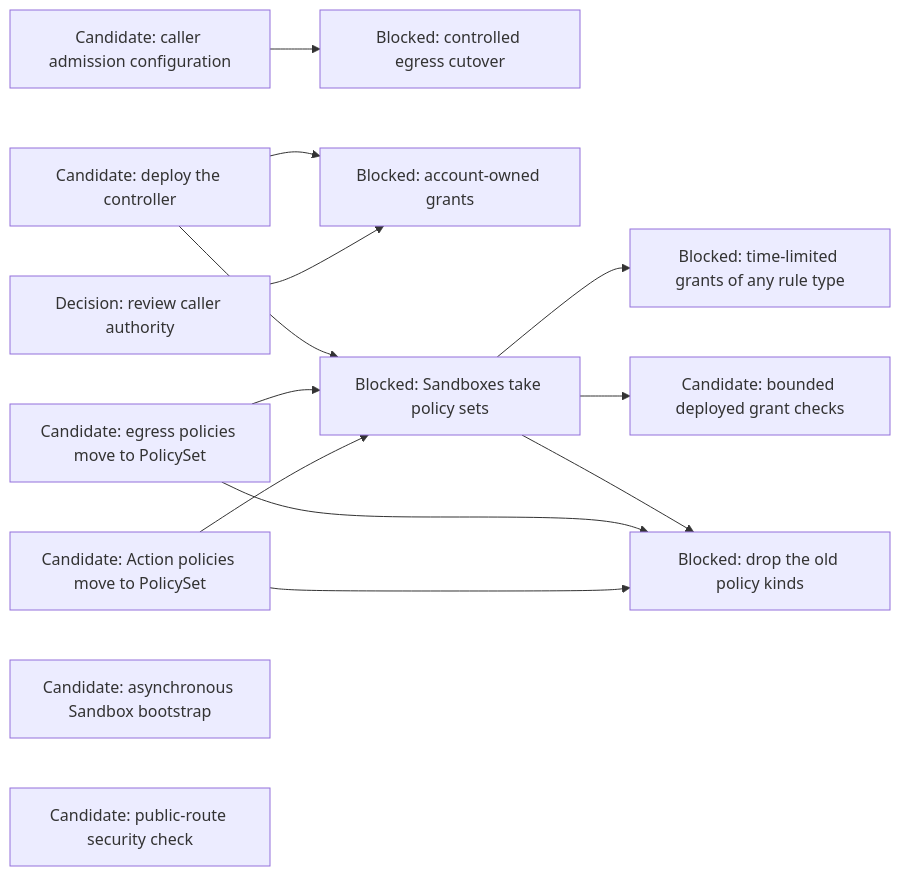
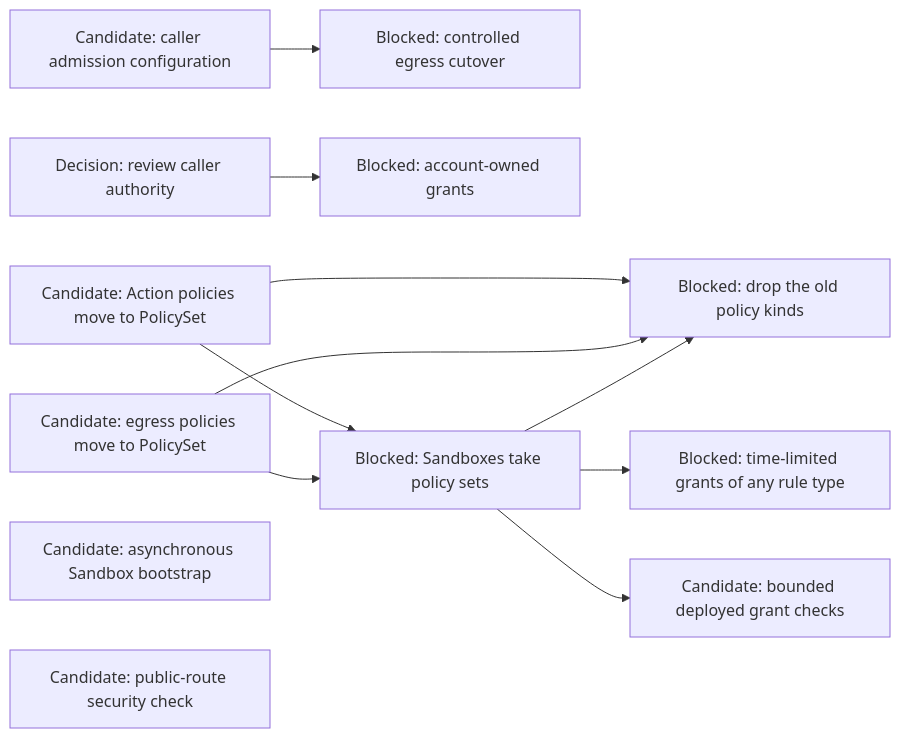
The eighth of 14 diagrams in agentplane/plans/task_dag.md (agentydragon-agent/ducktape), drawn with Mermaid before and after one commit. The commit also changed other lines of this file and 58 other files, not shown here.

First line of the commit message:
agentplane: deploy the Policy Controller to staging (#10141)

````diff
--- a/agentplane/plans/task_dag.md
+++ b/agentplane/plans/task_dag.md
@@ -472,19 +472,17 @@
 ```mermaid
 flowchart LR
     PC_EGRESS_CREDENTIALS[Candidate: caller admission configuration] --> PC_EGRESS[Blocked: controlled egress cutover]
     CLAUDE_AI_SA[Decision: review caller authority] --> MANAGED_SA_RBAC[Blocked: account-owned grants]
     ACTION_POLICY_MIGRATE[Candidate: Action policies move to PolicySet]
     EGRESS_POLICY_MIGRATE[Candidate: egress policies move to PolicySet]
     ACTION_POLICY_MIGRATE --> OLD_POLICY_KINDS_DROP[Blocked: drop the old policy kinds]
     EGRESS_POLICY_MIGRATE --> OLD_POLICY_KINDS_DROP
-    ACTION_POLICY_MIGRATE --> POLICY_SANDBOX_CUTOVER
+    ACTION_POLICY_MIGRATE --> POLICY_SANDBOX_CUTOVER[Blocked: Sandboxes take policy sets]
     EGRESS_POLICY_MIGRATE --> POLICY_SANDBOX_CUTOVER
-    K8S_POLICY_DEPLOY[Candidate: deploy the controller] --> POLICY_SANDBOX_CUTOVER[Blocked: Sandboxes take policy sets]
     POLICY_SANDBOX_CUTOVER --> POLICY_RUNTIME_GRANTS[Blocked: time-limited grants of any rule type]
-    K8S_POLICY_DEPLOY --> MANAGED_SA_RBAC
     POLICY_SANDBOX_CUTOVER --> SANDBOX_RBAC
     POLICY_SANDBOX_CUTOVER --> OLD_POLICY_KINDS_DROP
     BOOTSTRAP_PROGRESS_CONTRACT[Candidate: asynchronous Sandbox bootstrap]
     SANDBOX_RBAC[Candidate: bounded deployed grant checks]
     NOTIFICATION_INGRESS_BOUNDARY[Candidate: public-route security check]
 ```
````
